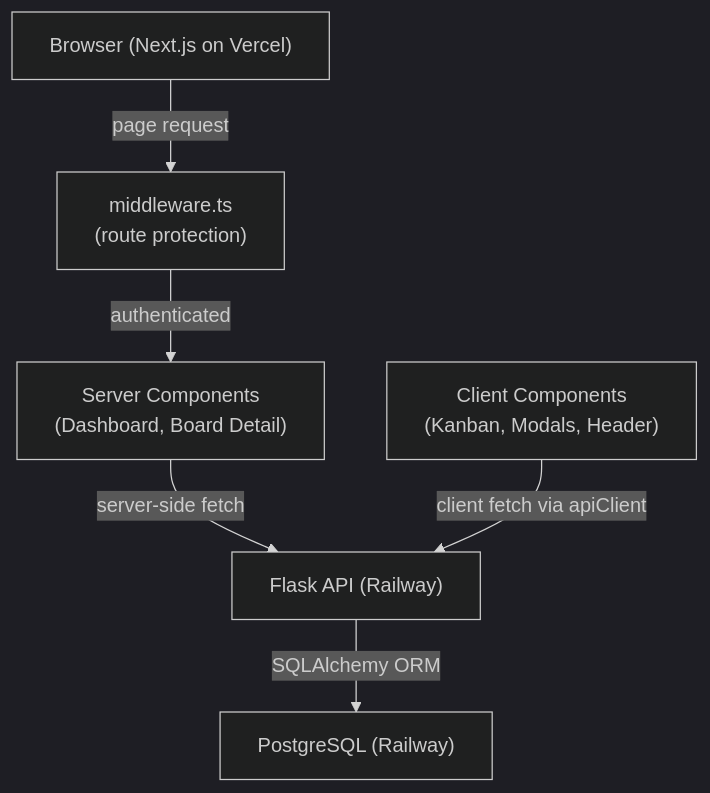
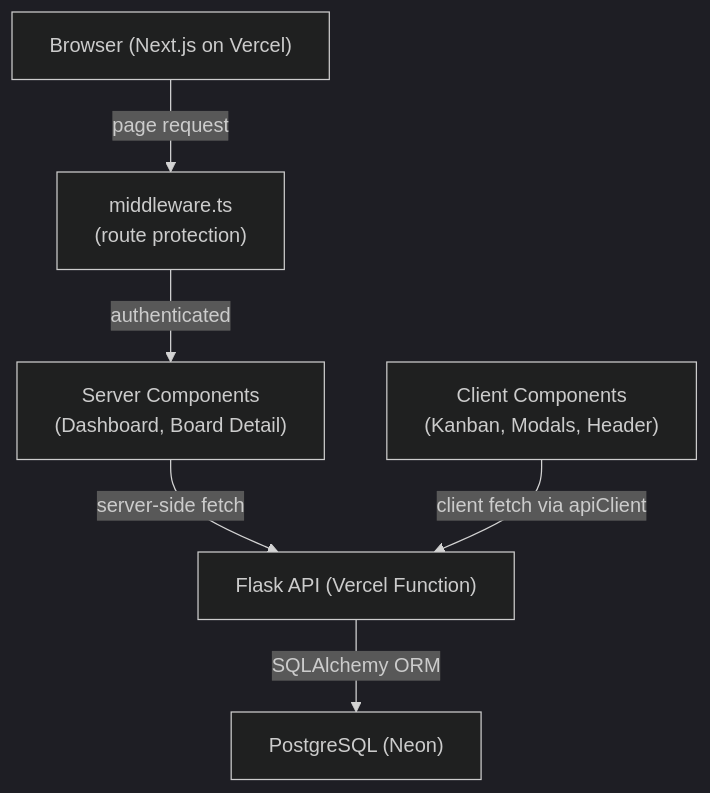
One commit to Revou-FSSE-Jun26/module-4-GedeAnanda changed the diagram in .kiro/specs/revotask-mvp/design.md. Above: the diagram before and after it, drawn with Mermaid (dark theme). The commit also changed other lines of this file and 13 other files, not shown here.

Commit message:
chore: move API hosting from Railway to Vercel + Neon

````diff
--- a/.kiro/specs/revotask-mvp/design.md
+++ b/.kiro/specs/revotask-mvp/design.md
@@ -18,15 +18,15 @@
 ```mermaid
 graph TD
     Browser["Browser (Next.js on Vercel)"]
     MW["middleware.ts\n(route protection)"]
     SC["Server Components\n(Dashboard, Board Detail)"]
     CC["Client Components\n(Kanban, Modals, Header)"]
-    API["Flask API (Railway)"]
-    PG["PostgreSQL (Railway)"]
+    API["Flask API (Vercel Function)"]
+    PG["PostgreSQL (Neon)"]
 
     Browser -->|page request| MW
     MW -->|authenticated| SC
     SC -->|server-side fetch| API
     CC -->|client fetch via apiClient| API
     API -->|SQLAlchemy ORM| PG
 ```
````
